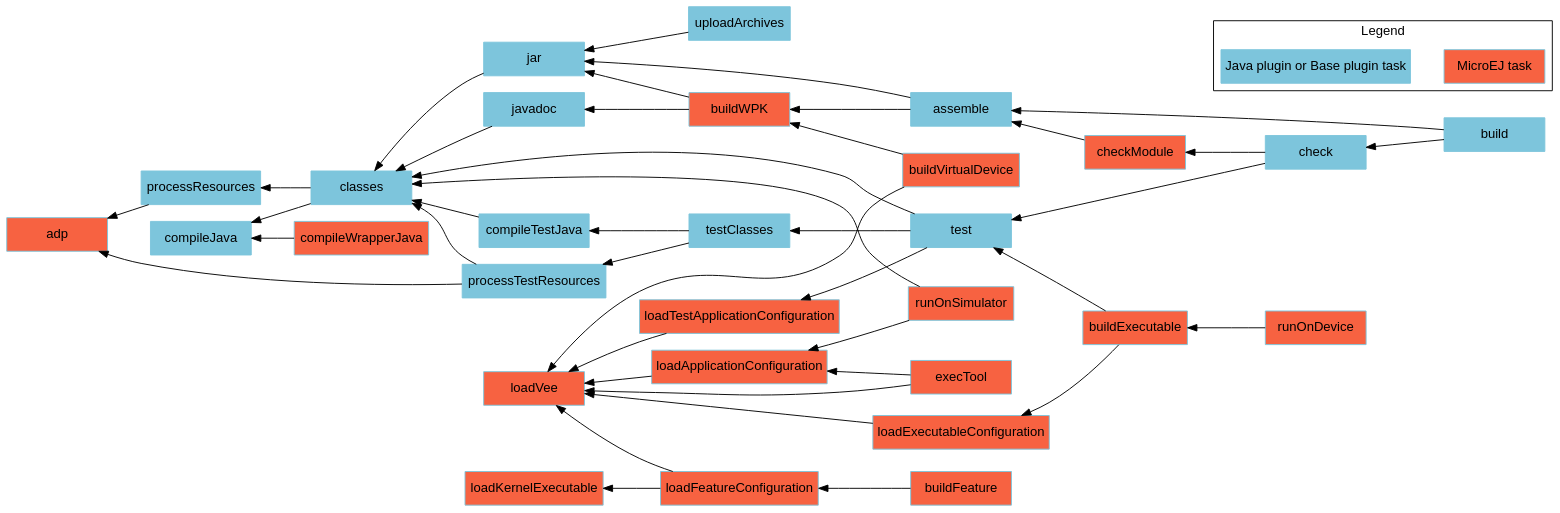
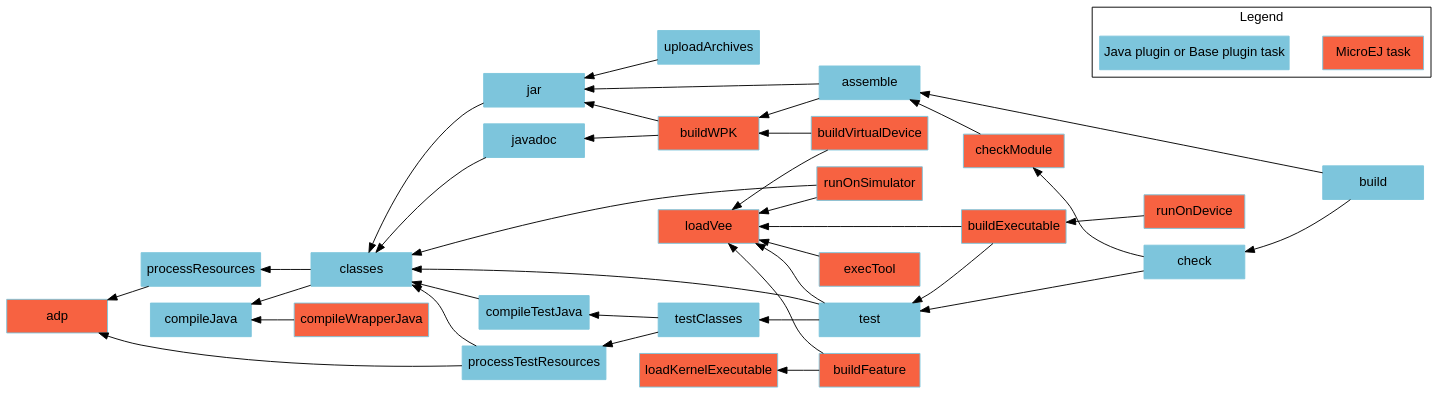
One commit to MicroEJ/docs changed the diagram in SDK6UserGuide/graphApplicationModule.dot. Above: the diagram before and after it, drawn with Graphviz. The commit also changed 2 other files, not shown here.

Commit message:
remove loadXXXConfiguration tasks and add execTool task in addon-library plugin

```diff
--- a/SDK6UserGuide/graphApplicationModule.dot
+++ b/SDK6UserGuide/graphApplicationModule.dot
@@ -1,76 +1,67 @@
 digraph mygraph {
     rankdir="RL";
     bgcolor="transparent"
     fontname="Helvetica,Arial,sans-serif"
     node [
         shape = box
         width = 1.5
         color = "#7dc5dc"
         style = filled
         fontname="Helvetica,Arial,sans-serif"
     ]
     edge [fontname="Helvetica,Arial,sans-serif"]
     "adp" [fillcolor = "#f76241"]
     "checkModule" [fillcolor = "#f76241"]
     "loadKernelExecutable" [fillcolor = "#f76241"]
     "loadVee" [fillcolor = "#f76241"]
-    "loadApplicationConfiguration" [fillcolor = "#f76241"]
-    "loadExecutableConfiguration" [fillcolor = "#f76241"] 
-    "loadFeatureConfiguration" [fillcolor = "#f76241"]
-    "loadTestApplicationConfiguration" [fillcolor = "#f76241"]
     "runOnSimulator" [fillcolor = "#f76241"]
     "buildWPK" [fillcolor = "#f76241"]
     "buildExecutable" [fillcolor = "#f76241"]
     "buildVirtualDevice" [fillcolor = "#f76241"]
     "buildFeature" [fillcolor = "#f76241"]
     "runOnDevice" [fillcolor = "#f76241"]
     "execTool" [fillcolor = "#f76241"]
     "compileWrapperJava" [fillcolor = "#f76241"]
     "build" -> "check"
     "check" -> "test"
     "test" -> "classes"
     "test" -> "testClasses"
-    "test" -> "loadTestApplicationConfiguration"
+    "test" -> "loadVee"
     "testClasses" -> "compileTestJava"
     "testClasses" -> "processTestResources"
-    "loadTestApplicationConfiguration" -> "loadVee"
     "processResources" -> "adp"
     "processTestResources" -> "adp"
     "processTestResources" -> "classes"
     "compileTestJava" -> "classes"
     "javadoc" -> "classes"
     "classes" -> "compileJava"
     "classes" -> "processResources"
     "build" -> "assemble"
     "assemble" -> "jar"
     "assemble" -> "buildWPK"
     "uploadArchives" -> "jar"
     "jar" -> "classes"
     "runOnSimulator" -> "classes"
-    "runOnSimulator" -> "loadApplicationConfiguration"
-    "loadApplicationConfiguration" -> "loadVee"
+    "runOnSimulator" -> "loadVee"
     "checkModule" -> "assemble"
     "check" -> "checkModule"
     "buildWPK" -> "jar"
     "buildWPK" -> "javadoc"
     "buildExecutable" -> "test"
-    "buildExecutable" -> "loadExecutableConfiguration"
-    "loadExecutableConfiguration" -> "loadVee"
+    "buildExecutable" -> "loadVee"
     "buildVirtualDevice" -> "loadVee"
     "buildVirtualDevice" -> "buildWPK"
-    "buildFeature" -> "loadFeatureConfiguration"
-    "loadFeatureConfiguration" -> "loadKernelExecutable"
-    "loadFeatureConfiguration" -> "loadVee"
+    "buildFeature" -> "loadVee"
+    "buildFeature" -> "loadKernelExecutable"
     "runOnDevice" -> "buildExecutable"
-    "execTool" -> "loadApplicationConfiguration"
     "execTool" -> "loadVee"
     "compileWrapperJava" -> "compileJava"
     
     subgraph cluster_legend {
         label="Legend";
         microej [fillcolor="#f76241" label="MicroEJ task"];
         java [fillcolor="#7dc5dc" label="Java plugin or Base plugin task"];
         microej -> java [style=invis];
         java -> microej [style=invis];
     }
 }
```
